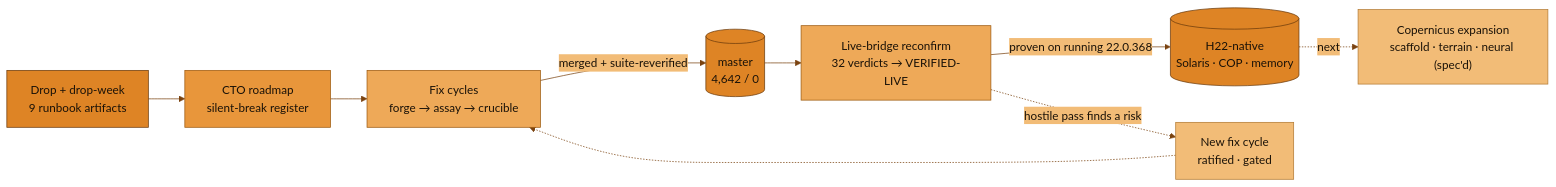
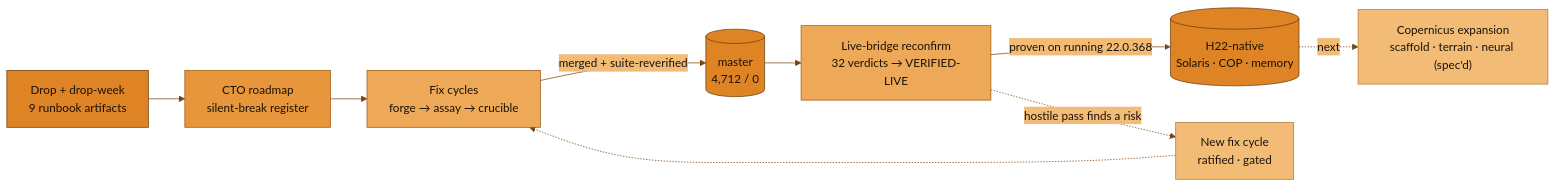
One commit to JosephOIbrahim/Synapse changed the fourth of 9 diagrams in README.md. Above: the diagram before and after it, drawn with Mermaid. The commit also changed other lines of this file and 1 other file, not shown here.

First line of the commit message:
docs(readme): current-master accuracy pass + Solaris-hardening section + tags

````diff
--- a/README.md
+++ b/README.md
@@ -216,16 +216,16 @@
 ```mermaid
 %%{init: {'theme':'base', 'themeVariables': {'primaryColor':'#E8963B','primaryTextColor':'#1A1208','primaryBorderColor':'#9C5A10','lineColor':'#7A4310','secondaryColor':'#EEA958','tertiaryColor':'#F2BC77','edgeLabelBackground':'#F2BC77','clusterBkg':'#F2BC77','clusterBorder':'#9C5A10'}}}%%
 flowchart LR
     DROP["Drop + drop-week<br/>9 runbook artifacts"]:::hou --> ROADMAP["CTO roadmap<br/>silent-break register"]:::panel
     ROADMAP --> FIX["Fix cycles<br/>forge → assay → crucible"]:::bridge
-    FIX -->|"merged + suite-reverified"| MERGED[("master<br/>4,642 / 0")]:::hou
+    FIX -->|"merged + suite-reverified"| MERGED[("master<br/>4,712 / 0")]:::hou
     MERGED --> LIVE["Live-bridge reconfirm<br/>32 verdicts → VERIFIED-LIVE"]:::bridge
     LIVE -->|"proven on running 22.0.368"| DEMO[("H22-native<br/>Solaris · COP · memory")]:::hou
     LIVE -.hostile pass finds a risk.-> NEXT["New fix cycle<br/>ratified · gated"]:::side
     NEXT -.-> FIX
     DEMO -.next.-> EXPAND["Copernicus expansion<br/>scaffold · terrain · neural (spec'd)"]:::side
     classDef panel fill:#E8963B,stroke:#9C5A10,color:#1A1208
     classDef bridge fill:#EEA958,stroke:#9C5A10,color:#1A1208
     classDef hou fill:#DE8425,stroke:#6B3A0C,color:#1A1208
     classDef side fill:#F2BC77,stroke:#B37A33,color:#1A1208
 ```
````
